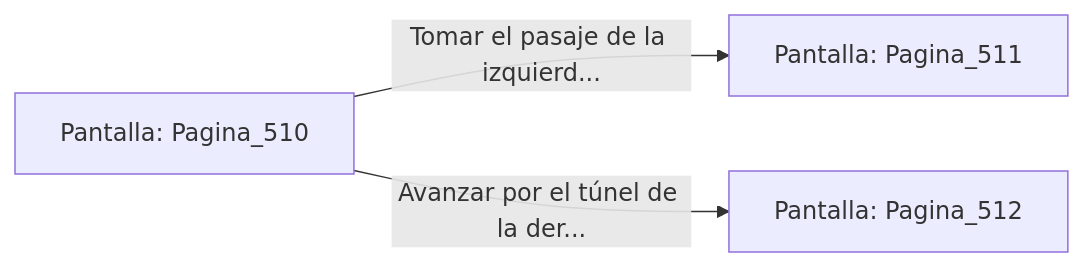
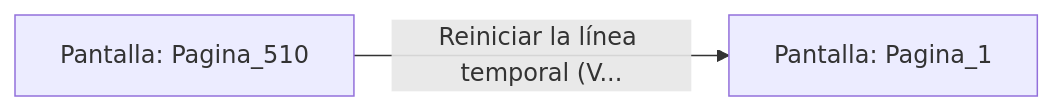
Before and after one commit to metsuke/mpl: the diagram in sample/eligejuego-vault/Pantalla_Pagina_510.md, drawn with Mermaid. The commit also changed other lines of this file and 635 other files, not shown here.

First line of the commit message:
fix: añadir Pagina_1 como pantalla inicial en capitulo_01.mpl

````diff
--- a/sample/eligejuego-vault/Pantalla_Pagina_510.md
+++ b/sample/eligejuego-vault/Pantalla_Pagina_510.md
@@ -20,6 +17,5 @@
 ```mermaid
 graph LR
     P_Pagina_510["Pantalla: Pagina_510"]
-    P_Pagina_510 -->|"Tomar el pasaje de la izquierd..."| P_Pagina_511["Pantalla: Pagina_511"]
-    P_Pagina_510 -->|"Avanzar por el túnel de la der..."| P_Pagina_512["Pantalla: Pagina_512"]
+    P_Pagina_510 -->|"Reiniciar la línea temporal (V..."| P_Pagina_1["Pantalla: Pagina_1"]
 ```
````
